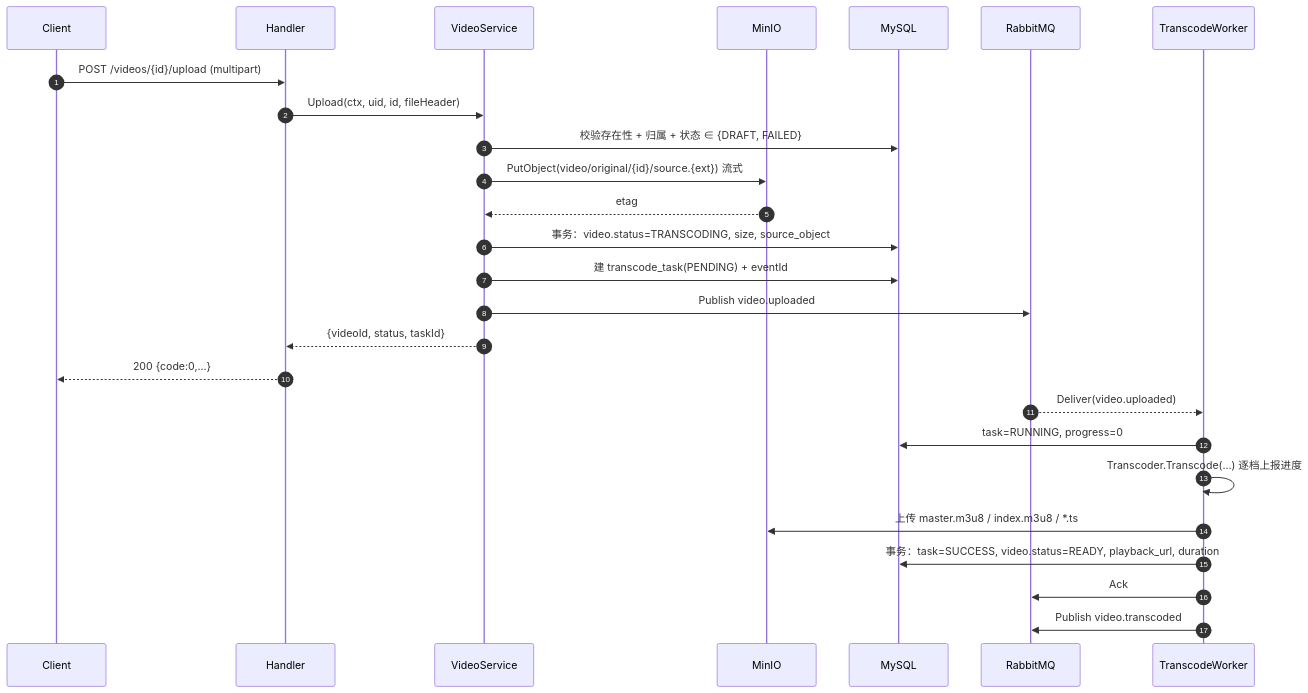
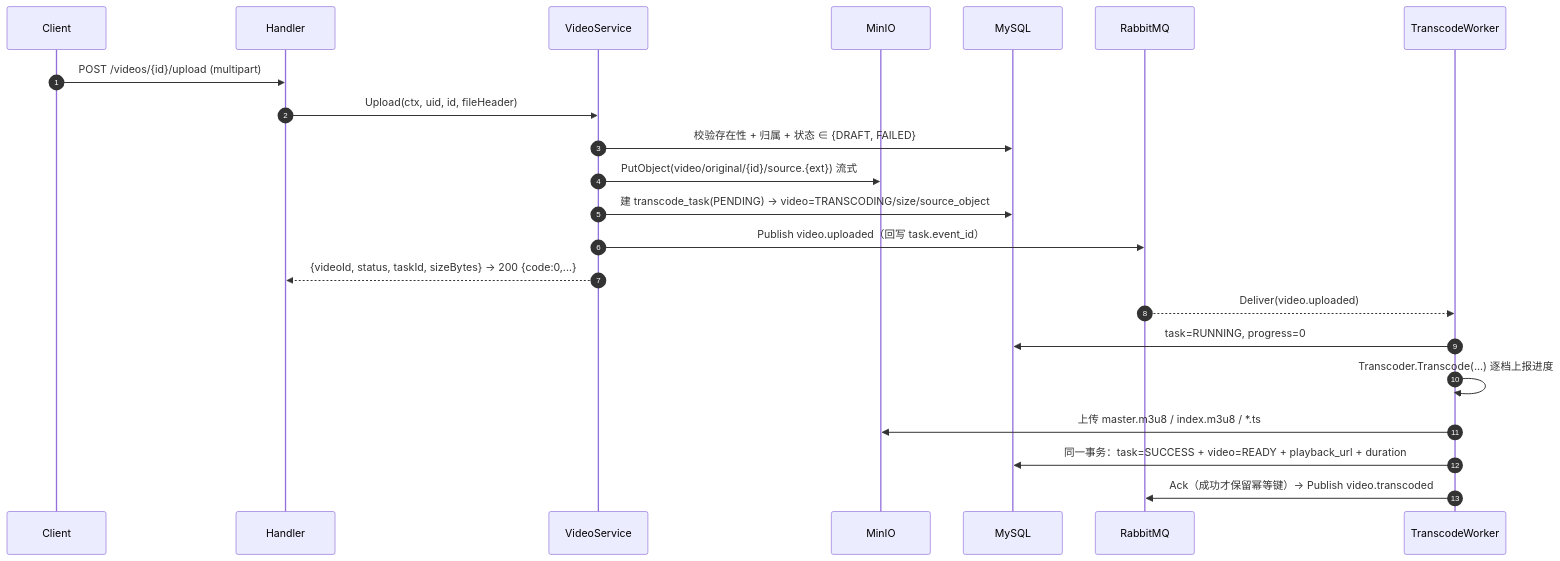
The second of 4 diagrams in video-service-go/docs/设计文档.md (YunfeiSHU/media-community), drawn with Mermaid before and after one commit. The commit also changed other lines of this file and 3 other files, not shown here.

````diff
--- a/video-service-go/docs/设计文档.md
+++ b/video-service-go/docs/设计文档.md
@@ -209,30 +146,26 @@
 ```mermaid
 sequenceDiagram
     autonumber
     participant C as Client
     participant H as Handler
     participant S as VideoService
     participant M as MinIO
     participant DB as MySQL
     participant Q as RabbitMQ
     participant W as TranscodeWorker
 
     C->>H: POST /videos/{id}/upload (multipart)
     H->>S: Upload(ctx, uid, id, fileHeader)
     S->>DB: 校验存在性 + 归属 + 状态 ∈ {DRAFT, FAILED}
     S->>M: PutObject(video/original/{id}/source.{ext}) 流式
-    M-->>S: etag
-    S->>DB: 事务：video.status=TRANSCODING, size, source_object
-    S->>DB: 建 transcode_task(PENDING) + eventId
-    S->>Q: Publish video.uploaded
-    S-->>H: {videoId, status, taskId}
-    H-->>C: 200 {code:0,...}
+    S->>DB: 建 transcode_task(PENDING) → video=TRANSCODING/size/source_object
+    S->>Q: Publish video.uploaded（回写 task.event_id）
+    S-->>H: {videoId, status, taskId, sizeBytes} → 200 {code:0,...}
 
     Q-->>W: Deliver(video.uploaded)
     W->>DB: task=RUNNING, progress=0
     W->>W: Transcoder.Transcode(...) 逐档上报进度
     W->>M: 上传 master.m3u8 / index.m3u8 / *.ts
-    W->>DB: 事务：task=SUCCESS, video.status=READY, playback_url, duration
-    W->>Q: Ack
-    W->>Q: Publish video.transcoded
+    W->>DB: 同一事务：task=SUCCESS + video=READY + playback_url + duration
+    W->>Q: Ack（成功才保留幂等键）→ Publish video.transcoded
 ```
````
